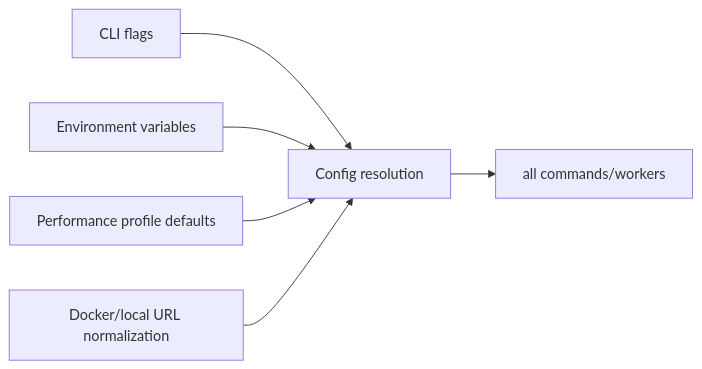
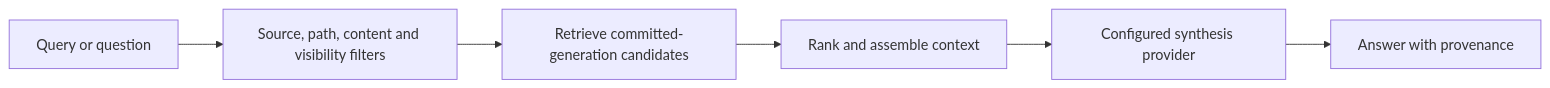
One commit to dinglebear-ai/axon changed the third of 3 diagrams in docs/architecture/overview.md. Above: the diagram before and after it, drawn with Mermaid. The commit also changed other lines of this file and 161 other files, not shown here.

````diff
--- a/docs/architecture/overview.md
+++ b/docs/architecture/overview.md
@@ -337,8 +182,8 @@
 ```mermaid
 flowchart LR
-  CLI[CLI flags] --> CFG[Config resolution]
-  ENV[Environment variables] --> CFG
-  PROF[Performance profile defaults] --> CFG
-  DOCKER[Docker/local URL normalization] --> CFG
-  CFG --> HANDLERS[all commands/workers]
+  Query[Query or question] --> Filter[Source, path, content and visibility filters]
+  Filter --> Retrieve[Retrieve committed-generation candidates]
+  Retrieve --> Rank[Rank and assemble context]
+  Rank --> Answer[Configured synthesis provider]
+  Answer --> Citations[Answer with provenance]
 ```
````
